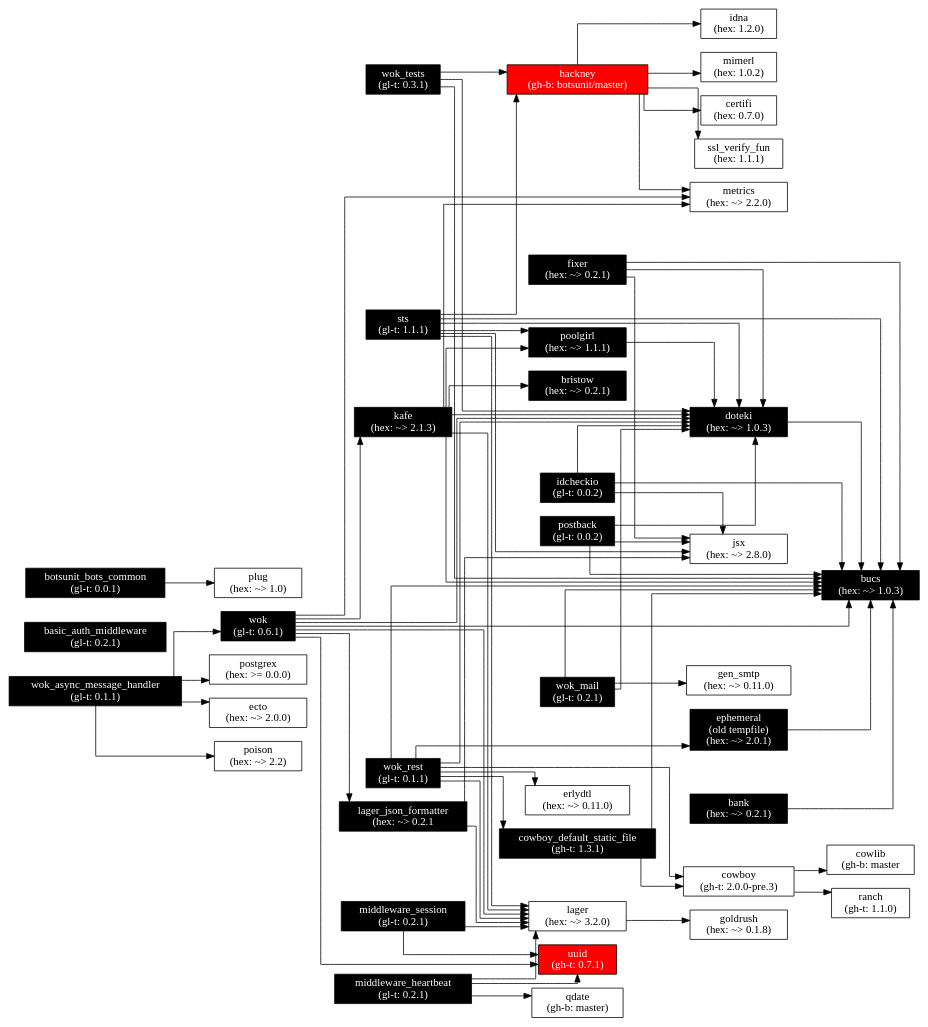
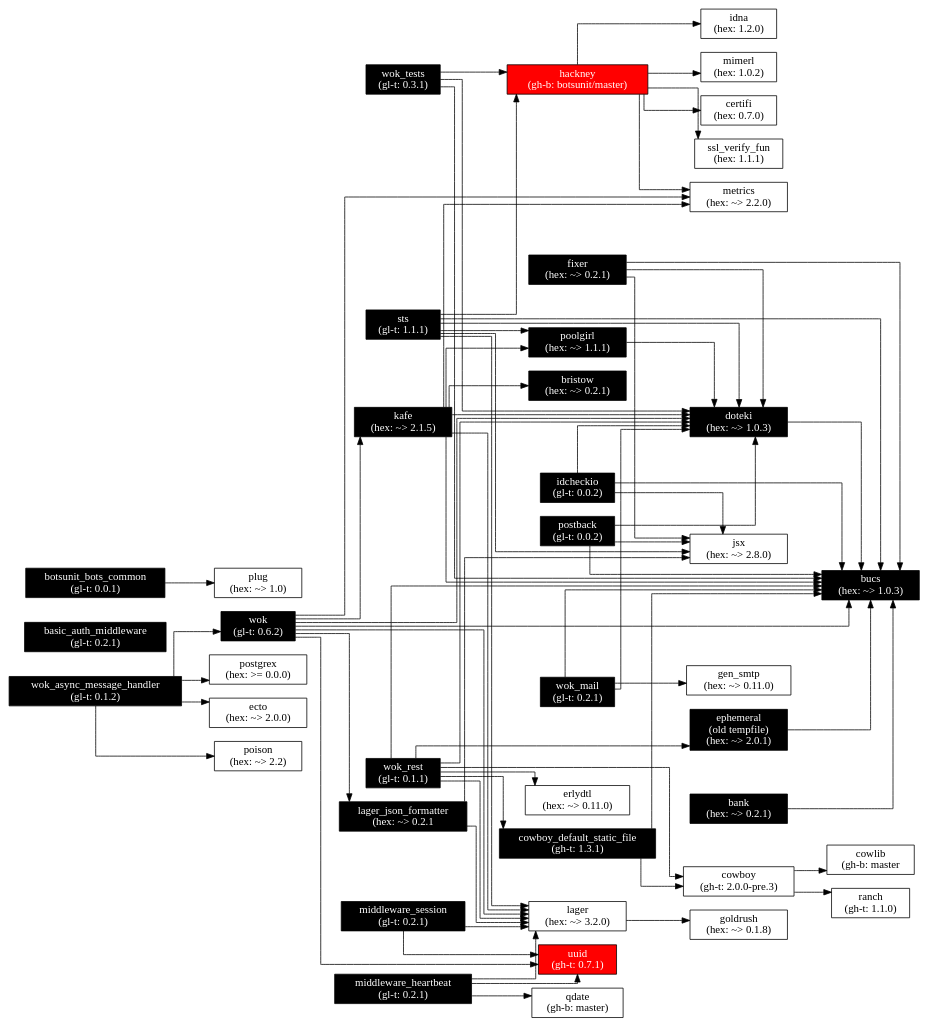
Before and after one commit to botsunit/wok: the diagram in images/wok.deps.gv, drawn with Graphviz. The commit also changed 6 other files, not shown here.

```diff
--- a/images/wok.deps.gv
+++ b/images/wok.deps.gv
@@ -6,7 +6,7 @@
     rankdir=LR;
   ];
 
-  wok[label="wok\n(gl-t: 0.6.1)",
+  wok[label="wok\n(gl-t: 0.6.2)",
       fontcolor="white",
       style="filled",
       fillcolor="black"];
@@ -15,7 +15,7 @@
                        fontcolor="white",
                        style="filled"
                        fillcolor="black"];
-  kafe[label="kafe\n(hex: ~> 2.1.3)",
+  kafe[label="kafe\n(hex: ~> 2.1.5)",
        fontcolor="white",
        style="filled",
        fillcolor="black"];
@@ -88,7 +88,7 @@
                        style="filled",
                        fillcolor="black"];
   qdate[label="qdate\n(gh-b: master)"];
-  wok_async_message_handler[label="wok_async_message_handler\n(gl-t: 0.1.1)",
+  wok_async_message_handler[label="wok_async_message_handler\n(gl-t: 0.1.2)",
                             fontcolor="white",
                             style="filled",
                             fillcolor="black"];
```
